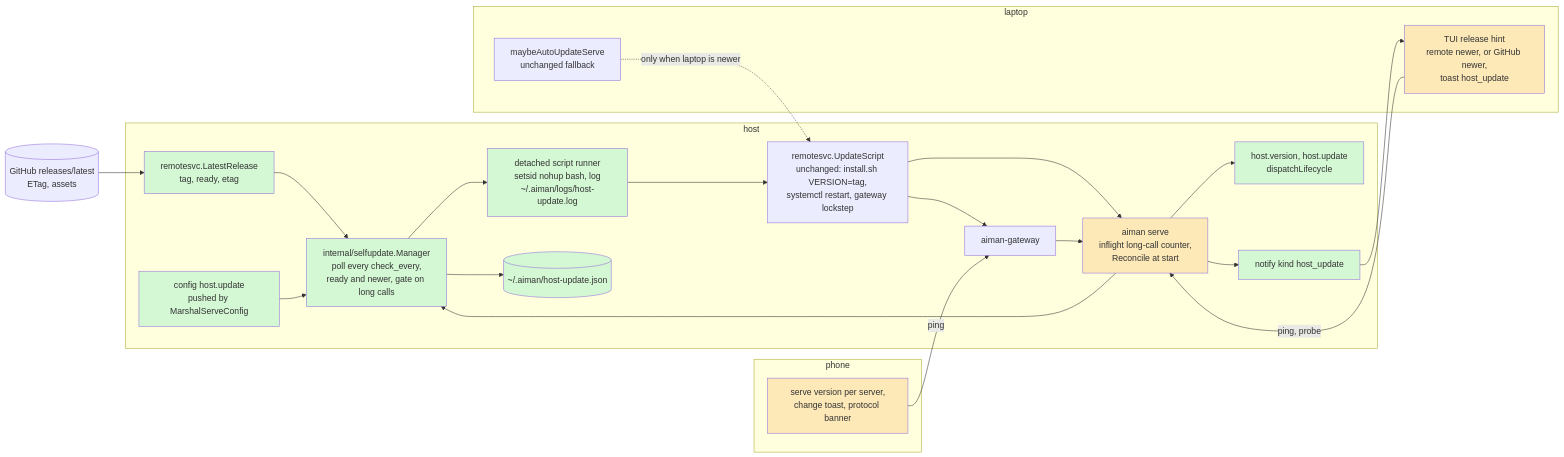
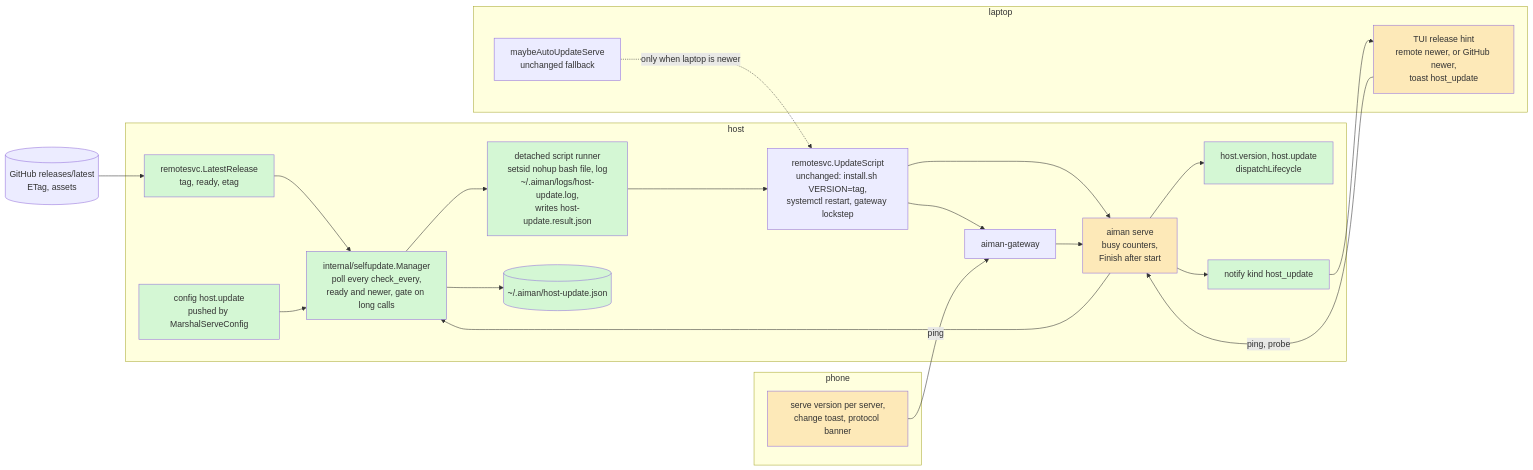
Before and after one commit to bouwerp/aiman: the third of 3 diagrams in docs/specs/host-self-update.md, drawn with Mermaid. The commit also changed other lines of this file, not shown here.

First line of the commit message:
docs(specs): host self-update design rev 2, consult round 1 triaged

````diff
--- a/docs/specs/host-self-update.md
+++ b/docs/specs/host-self-update.md
@@ -158,38 +167,38 @@
 ```mermaid
 flowchart LR
     classDef new fill:#d4f7d4
     classDef changed fill:#fde9b8
     classDef removed stroke-dasharray:4,fill:#f9d0d0
 
     GH[(GitHub releases/latest<br/>ETag, assets)]
     subgraph host
         Mgr[internal/selfupdate.Manager<br/>poll every check_every,<br/>ready and newer, gate on long calls]:::new
         Fetch[remotesvc.LatestRelease<br/>tag, ready, etag]:::new
-        Run[detached script runner<br/>setsid nohup bash, log<br/>~/.aiman/logs/host-update.log]:::new
+        Run[detached script runner<br/>setsid nohup bash file, log<br/>~/.aiman/logs/host-update.log,<br/>writes host-update.result.json]:::new
         Script[remotesvc.UpdateScript<br/>unchanged: install.sh VERSION=tag,<br/>systemctl restart, gateway lockstep]
-        Serve[aiman serve<br/>inflight long-call counter,<br/>Reconcile at start]:::changed
+        Serve[aiman serve<br/>busy counters,<br/>Finish after start]:::changed
         GW[aiman-gateway]
         StateF[(~/.aiman/host-update.json)]:::new
         RPC[host.version, host.update<br/>dispatchLifecycle]:::new
         Notify[notify kind host_update]:::new
         Cfg[config host.update<br/>pushed by MarshalServeConfig]:::new
     end
     subgraph laptop
         TUI[TUI release hint<br/>remote newer, or GitHub newer,<br/>toast host_update]:::changed
         Auto[maybeAutoUpdateServe<br/>unchanged fallback]
     end
     subgraph phone
         App[serve version per server,<br/>change toast, protocol banner]:::changed
     end
     GH --> Fetch --> Mgr
     Mgr --> StateF
     Mgr --> Run --> Script --> Serve
     Script --> GW
     Serve --> Mgr
     Serve --> RPC
     Serve --> Notify --> TUI
     Cfg --> Mgr
     TUI -->|ping, probe| Serve
     App -->|ping| GW --> Serve
     Auto -.->|only when laptop is newer| Script
 ```
````
